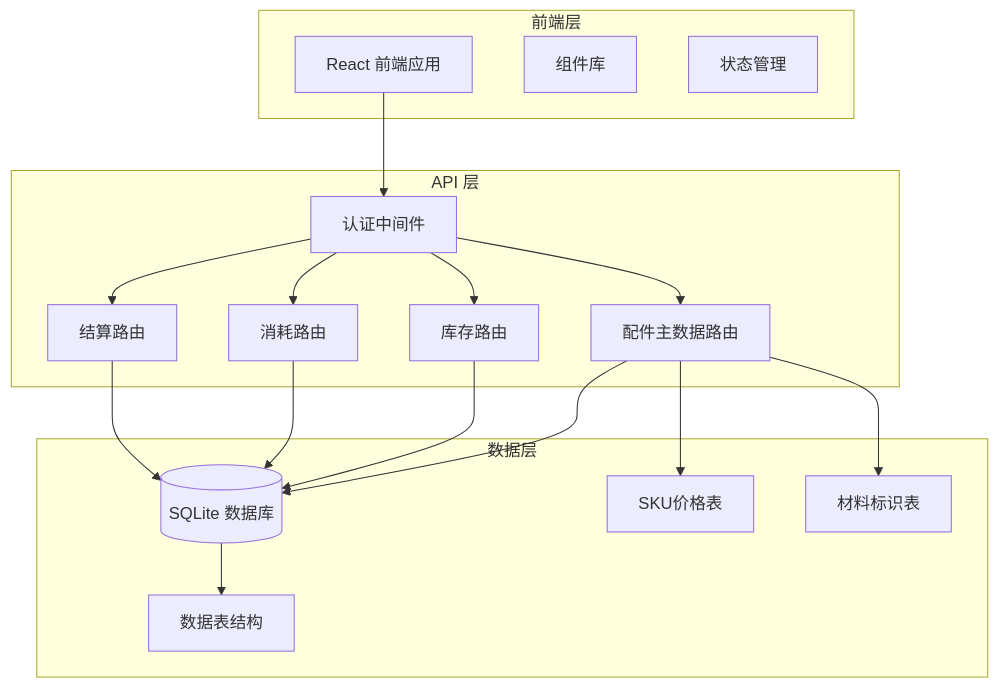
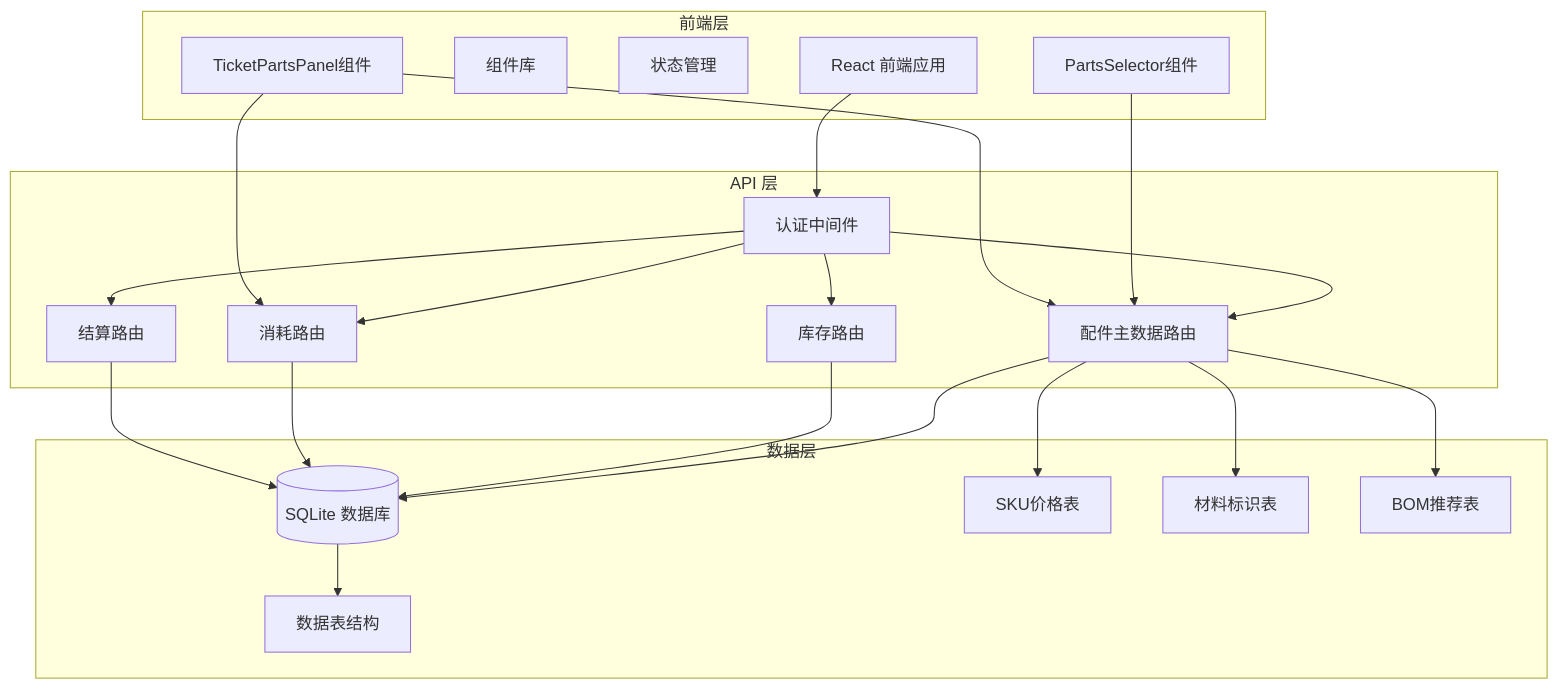
One commit to CubeEdge/Longhorn changed the first of 13 diagrams in .qoder/repowiki/zh/content/数据库设计/配件管理系统.md. Above: the diagram before and after it, drawn with Mermaid. The commit also changed other lines of this file and 28 other files, not shown here.

````diff
--- a/.qoder/repowiki/zh/content/数据库设计/配件管理系统.md
+++ b/.qoder/repowiki/zh/content/数据库设计/配件管理系统.md
@@ -57,33 +62,40 @@
 ```mermaid
 graph TB
 subgraph "前端层"
 UI[React 前端应用]
 Components[组件库]
 Store[状态管理]
+PartsSelector[PartsSelector组件]
+TicketPartsPanel[TicketPartsPanel组件]
 end
 subgraph "API 层"
 Auth[认证中间件]
 PartsMaster[配件主数据路由]
 Inventory[库存路由]
 Consumption[消耗路由]
 Settlement[结算路由]
 end
 subgraph "数据层"
 DB[(SQLite 数据库)]
 Tables[数据表结构]
 SKUPrices[SKU价格表]
 Material[材料标识表]
+BOM[BOM推荐表]
 end
 UI --> Auth
 Auth --> PartsMaster
 Auth --> Inventory
 Auth --> Consumption
 Auth --> Settlement
 PartsMaster --> DB
 PartsMaster --> SKUPrices
 PartsMaster --> Material
+PartsMaster --> BOM
 Inventory --> DB
 Consumption --> DB
 Settlement --> DB
 DB --> Tables
+PartsSelector --> PartsMaster
+TicketPartsPanel --> PartsMaster
+TicketPartsPanel --> Consumption
 ```
````
